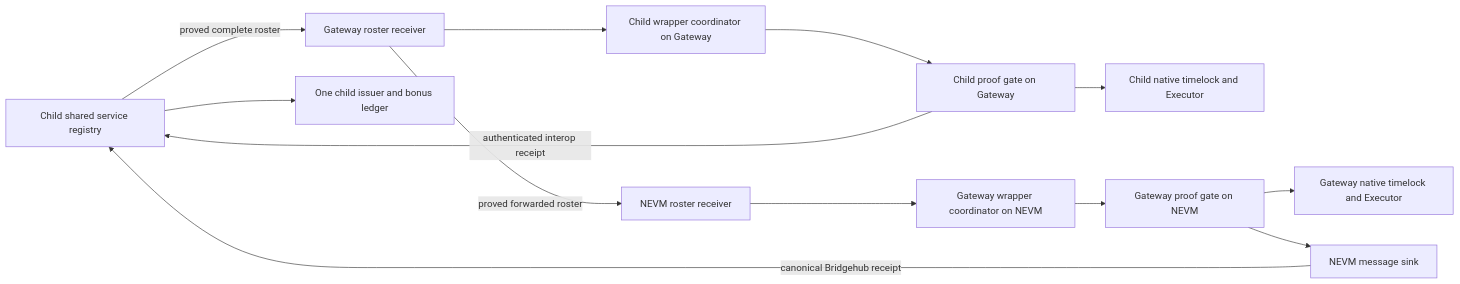
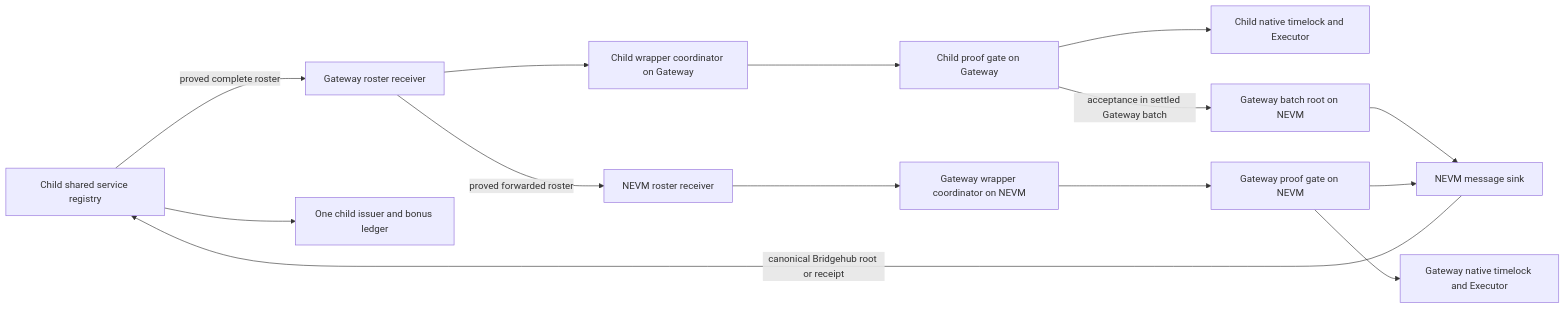
Before and after one commit to syscoin/zksync-os-server: the diagram in docs/src/design/prover_service_v1.md, drawn with Mermaid. The commit also changed other lines of this file and 21 other files, not shown here.

Commit message:
fix(prover-service): relay settled Gateway roots

````diff
--- a/docs/src/design/prover_service_v1.md
+++ b/docs/src/design/prover_service_v1.md
@@ -50,15 +50,16 @@
 ```mermaid
 flowchart LR
     Child[Child shared service registry] -->|proved complete roster| Roster[Gateway roster receiver]
     Roster --> ChildCoordinator[Child wrapper coordinator on Gateway]
     ChildCoordinator --> ChildGate[Child proof gate on Gateway]
     ChildGate --> ChildNative[Child native timelock and Executor]
-    ChildGate -->|authenticated interop receipt| Child
+    ChildGate -->|acceptance in settled Gateway batch| GatewayRoot[Gateway batch root on NEVM]
+    GatewayRoot --> Sink
     Roster -->|proved forwarded roster| RootRoster[NEVM roster receiver]
     RootRoster --> RootCoordinator[Gateway wrapper coordinator on NEVM]
     RootCoordinator --> RootGate[Gateway proof gate on NEVM]
     RootGate --> RootNative[Gateway native timelock and Executor]
     RootGate --> Sink[NEVM message sink]
-    Sink -->|canonical Bridgehub receipt| Child
+    Sink -->|canonical Bridgehub root or receipt| Child
     Child --> Issuer[One child issuer and bonus ledger]
 ```
````
